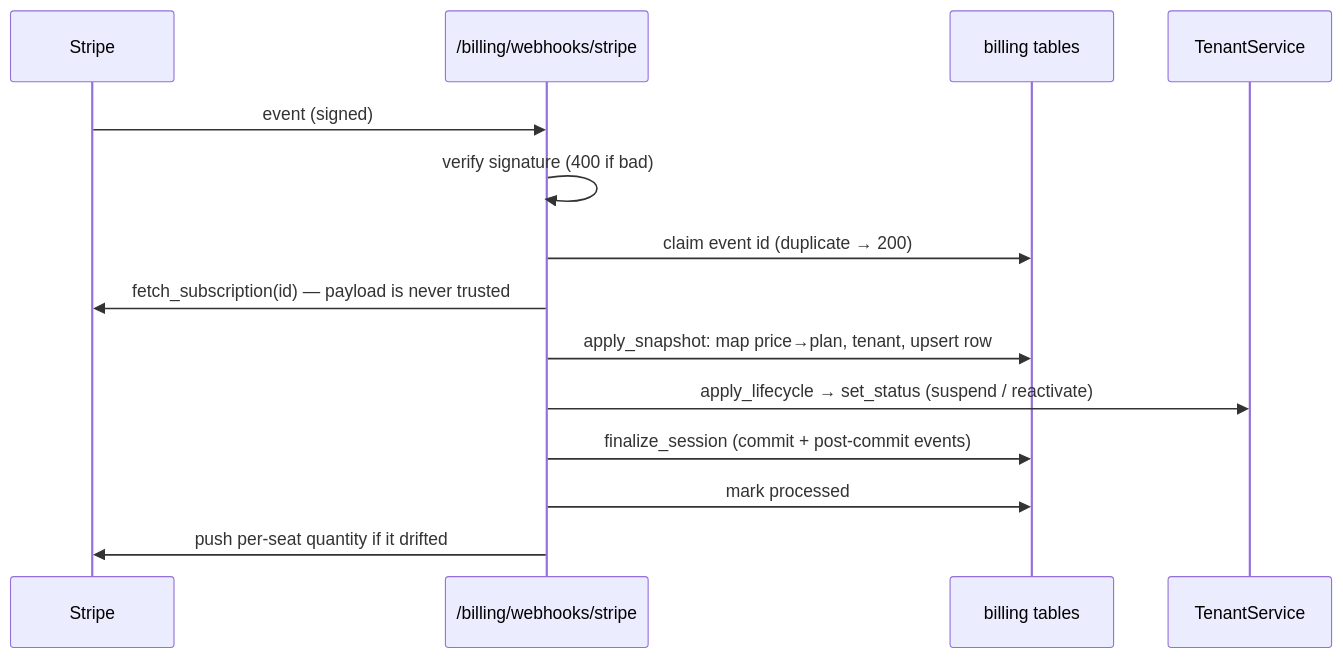
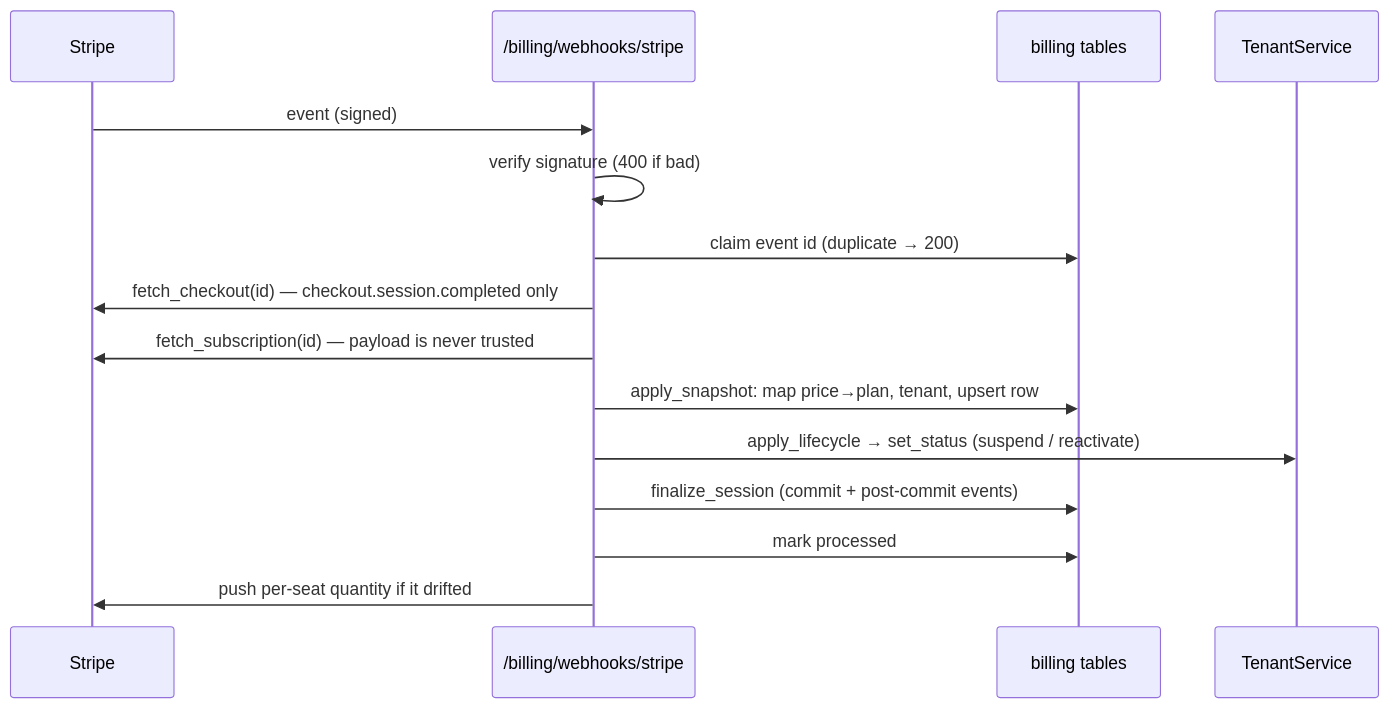
One commit to antosubash/smpy_modules changed the diagram in modules/billing/docs/architecture.md. Above: the diagram before and after it, drawn with Mermaid. The commit also changed other lines of this file and 8 other files, not shown here.

````diff
--- a/modules/billing/docs/architecture.md
+++ b/modules/billing/docs/architecture.md
@@ -52,16 +52,17 @@
 ```mermaid
 sequenceDiagram
   participant S as Stripe
   participant W as /billing/webhooks/stripe
   participant DB as billing tables
   participant T as TenantService
   S->>W: event (signed)
   W->>W: verify signature (400 if bad)
   W->>DB: claim event id (duplicate → 200)
+  W->>S: fetch_checkout(id) — checkout.session.completed only
   W->>S: fetch_subscription(id)  — payload is never trusted
   W->>DB: apply_snapshot: map price→plan, tenant, upsert row
   W->>T: apply_lifecycle → set_status (suspend / reactivate)
   W->>DB: finalize_session (commit + post-commit events)
   W->>DB: mark processed
   W->>S: push per-seat quantity if it drifted
 ```
````
